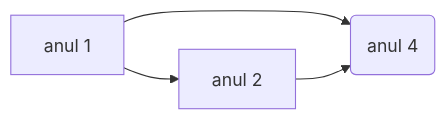
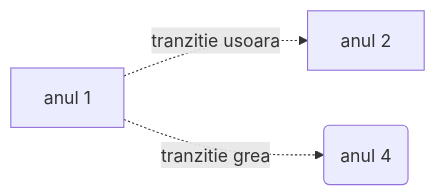
The diagram in mermaid.md (Andu2005/Andrei-Toader.github.io), drawn with Mermaid before and after one commit.

````diff
--- a/mermaid.md
+++ b/mermaid.md
@@ -3,6 +3,6 @@
 ```mermaid
 flowchart LR
-A[anul 1] --> B[anul 2]
-A --> C(anul 4)
-B --> C
+A[anul 1] -.->|tranzitie usoara| B[anul 2]
+A -.->|tranzitie grea| C(anul 4)
+
 ```
````
